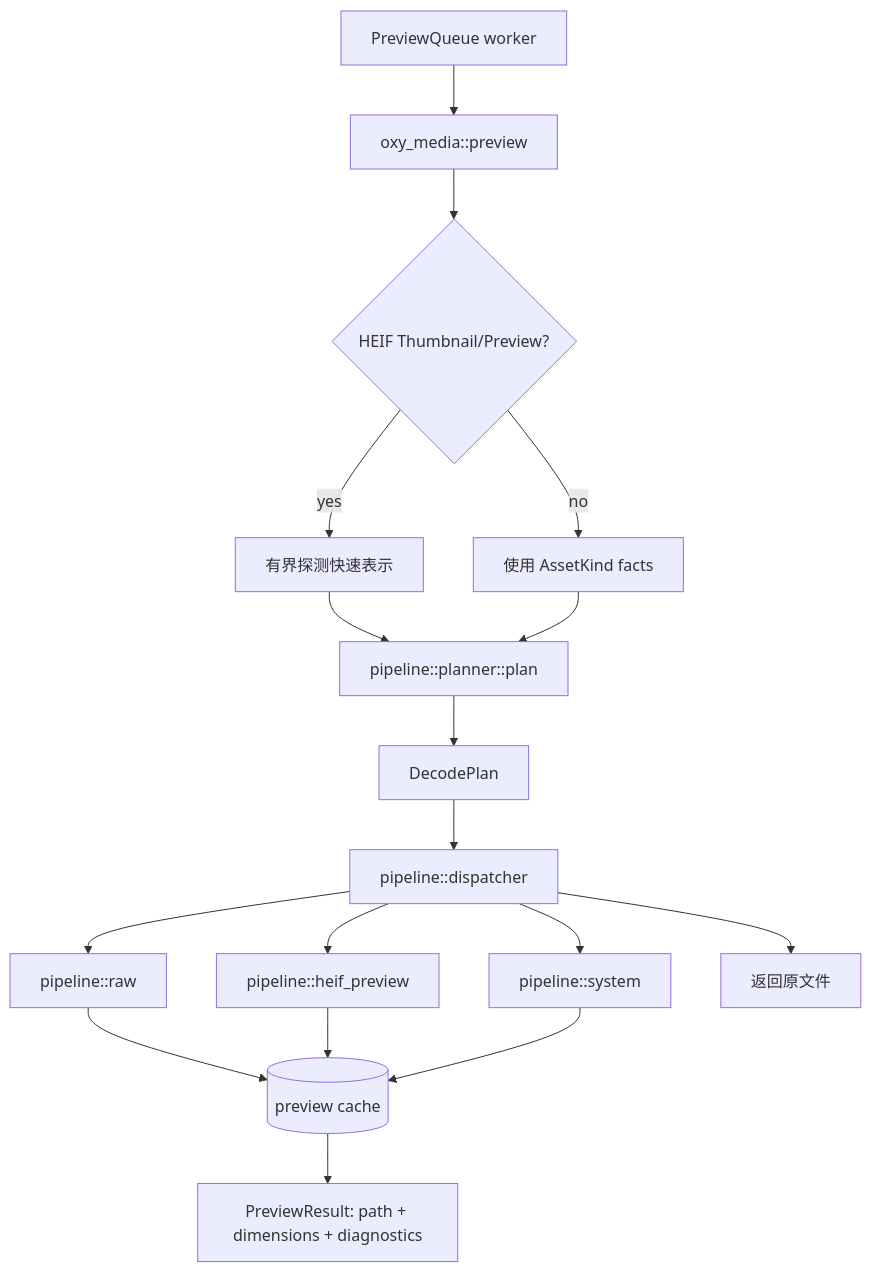
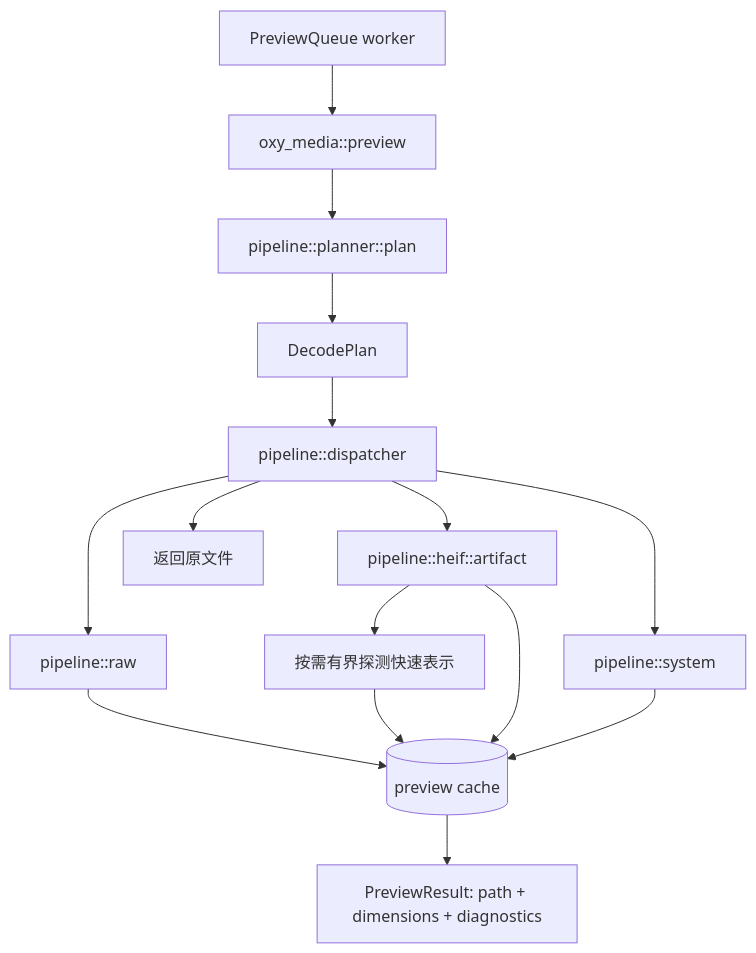
One commit to oxygenkun/oxyviewer changed the first of 2 diagrams in crates/oxy-media/README.md. Above: the diagram before and after it, drawn with Mermaid. The commit also changed other lines of this file and 23 other files, not shown here.

First line of the commit message:
refactor(media)!: consolidate HEIF preview execution

````diff
--- a/crates/oxy-media/README.md
+++ b/crates/oxy-media/README.md
@@ -185,19 +172,17 @@
 ```mermaid
 flowchart TD
     caller[PreviewQueue worker] --> api[oxy_media::preview]
-    api --> probe{HEIF Thumbnail/Preview?}
-    probe -->|yes| heifProbe[有界探测快速表示]
-    probe -->|no| facts[使用 AssetKind facts]
-    heifProbe --> planner[pipeline::planner::plan]
-    facts --> planner
+    api --> planner[pipeline::planner::plan]
     planner --> decodePlan[DecodePlan]
     decodePlan --> dispatcher[pipeline::dispatcher]
     dispatcher --> raw[pipeline::raw]
-    dispatcher --> heif[pipeline::heif_preview]
+    dispatcher --> heif[pipeline::heif::artifact]
     dispatcher --> system[pipeline::system]
     dispatcher --> original[返回原文件]
+    heif --> heifProbe[按需有界探测快速表示]
     raw --> cache[(preview cache)]
+    heifProbe --> cache
     heif --> cache
     system --> cache
     cache --> result[PreviewResult: path + dimensions + diagnostics]
 ```
````
